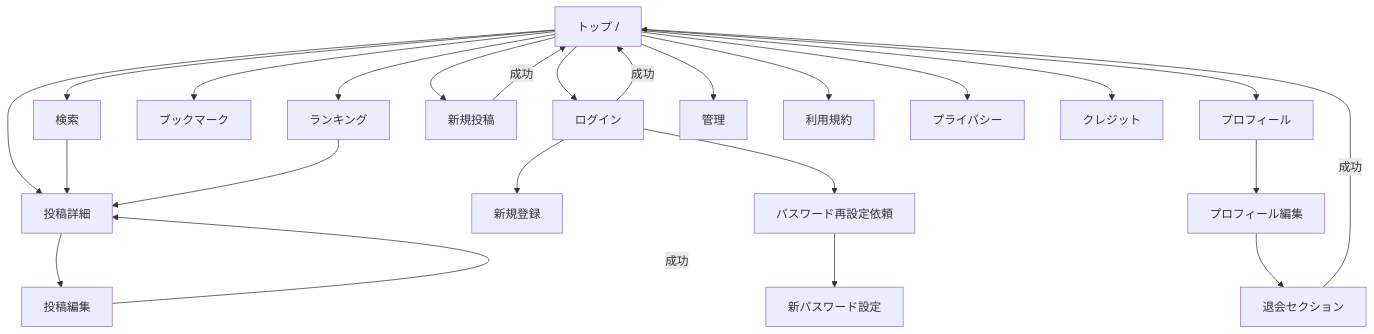
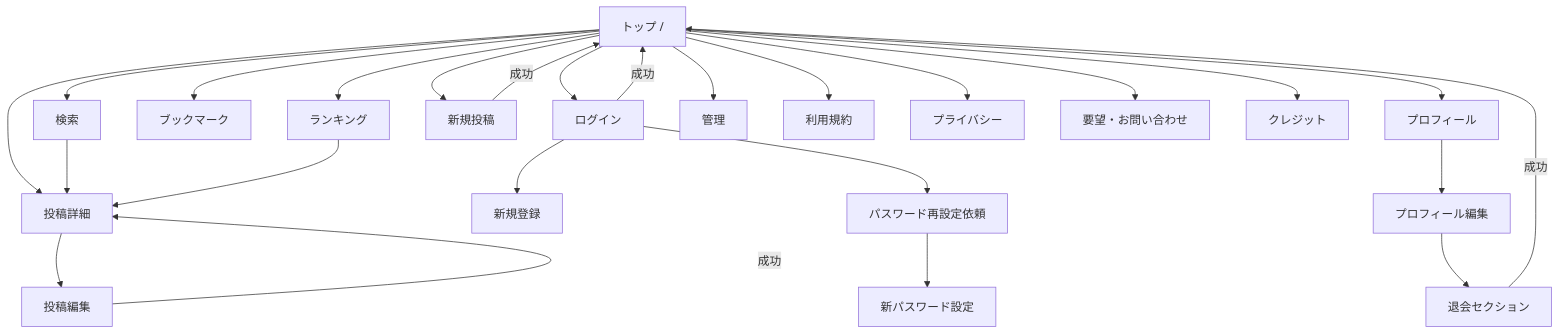
The diagram in 設計書/画面設計/画面設計書.md (machida765/Megliminal), drawn with Mermaid before and after one commit. The commit also changed other lines of this file and 45 other files, not shown here.

````diff
--- a/設計書/画面設計/画面設計書.md
+++ b/設計書/画面設計/画面設計書.md
@@ -99,26 +100,27 @@
 ```mermaid
 graph TD
     A[トップ /] --> S[検索]
     A --> D[投稿詳細]
     S --> D
     A --> R[ランキング]
     R --> D
     A --> BM[ブックマーク]
     A --> L[ログイン]
     L --> SU[新規登録]
     L --> FP[パスワード再設定依頼]
     FP --> RP[新パスワード設定]
     L -->|成功| A
     A --> C[新規投稿]
     C -->|成功| A
     D --> E[投稿編集]
     E -->|成功| D
     A --> P[プロフィール]
     P --> PE[プロフィール編集]
     PE --> DEL[退会セクション]
     DEL -->|成功| A
     A --> AD[管理]
     A --> T[利用規約]
     A --> PR[プライバシー]
+    A --> CT[要望・お問い合わせ]
     A --> CR[クレジット]
 ```
````
